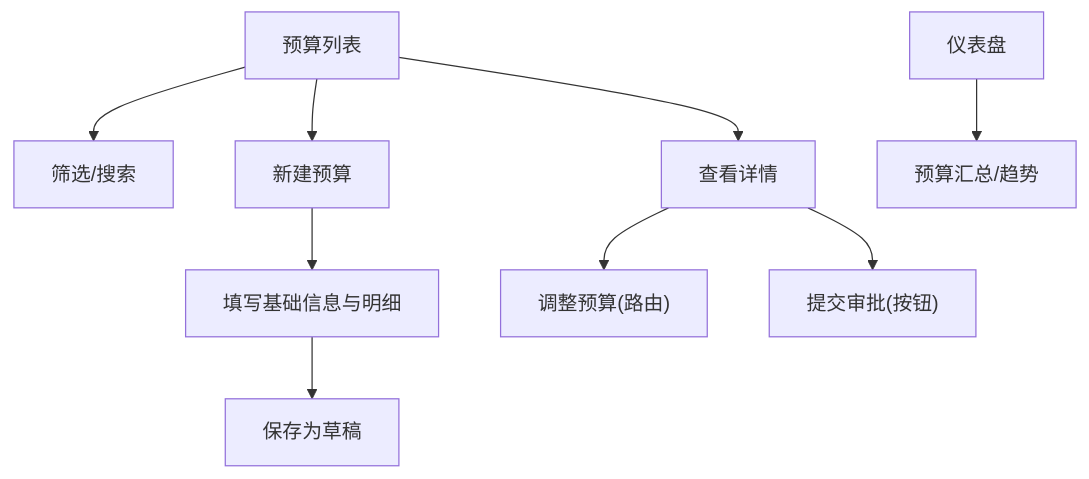
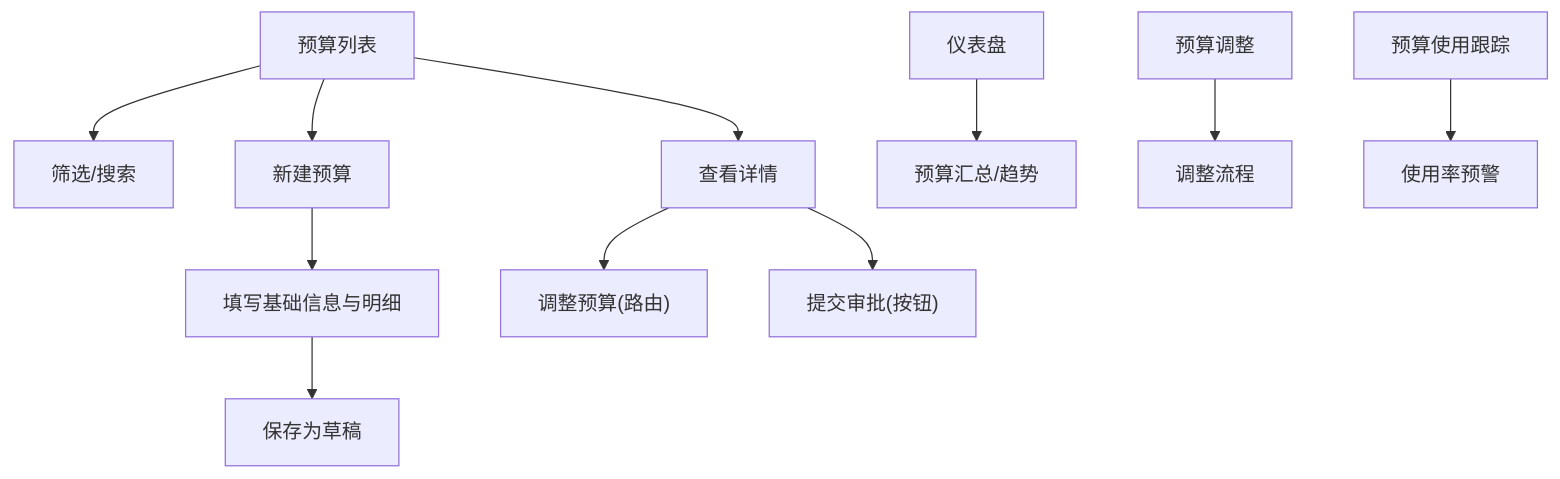
One commit to LouisFantansy/Budget_Mgt_Enterprise changed the fifth of 9 diagrams in .qoder/repowiki/zh/content/核心功能模块/核心功能模块.md. Above: the diagram before and after it, drawn with Mermaid. The commit also changed other lines of this file and 10 other files, not shown here.

````diff
--- a/.qoder/repowiki/zh/content/核心功能模块/核心功能模块.md
+++ b/.qoder/repowiki/zh/content/核心功能模块/核心功能模块.md
@@ -231,11 +263,13 @@
 ```mermaid
 flowchart TD
 BL["预算列表"] --> Filter["筛选/搜索"]
 BL --> Create["新建预算"]
 BL --> Detail["查看详情"]
 Create --> Form["填写基础信息与明细"]
 Form --> Draft["保存为草稿"]
 Detail --> Adjust["调整预算(路由)"]
 Detail --> Approve["提交审批(按钮)"]
 Dash["仪表盘"] --> Summary["预算汇总/趋势"]
+BA["预算调整"] --> Workflow["调整流程"]
+BUT["预算使用跟踪"] --> Alert["使用率预警"]
 ```
````
